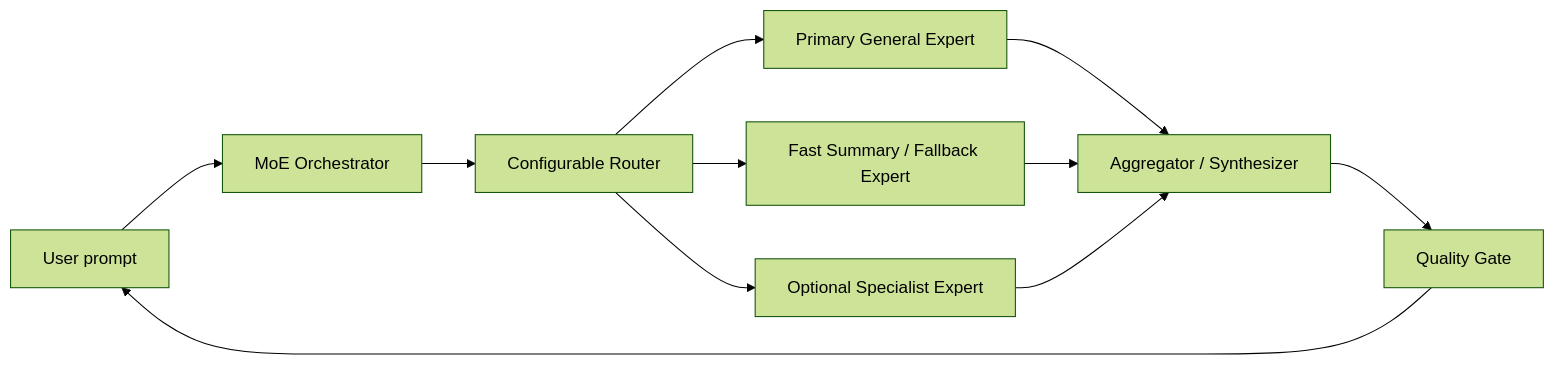
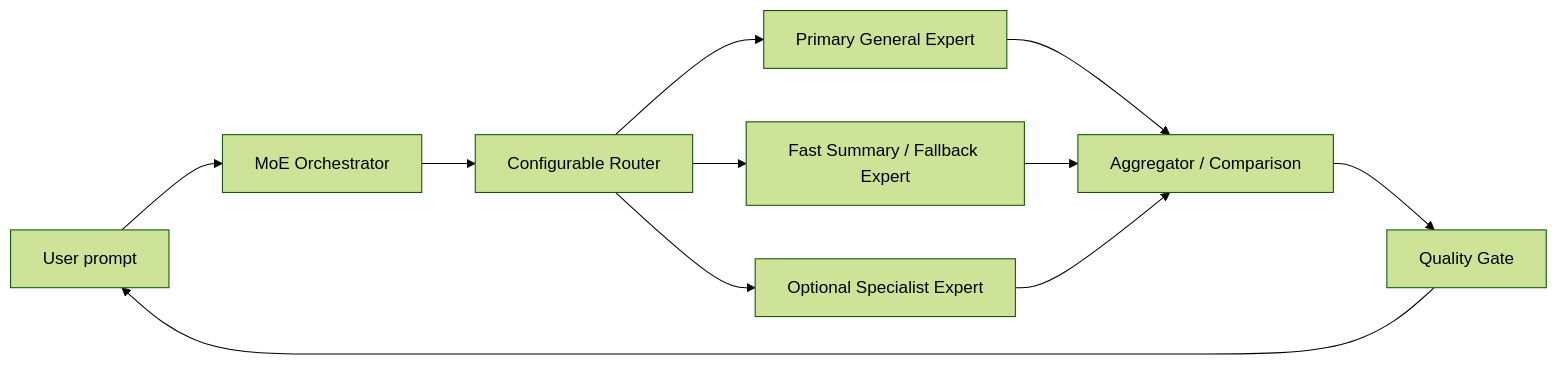
Before and after one commit to aantenore/myMoE: the diagram in docs/architecture.md, drawn with Mermaid (forest theme). The commit also changed other lines of this file and 33 other files, not shown here.

````diff
--- a/docs/architecture.md
+++ b/docs/architecture.md
@@ -13,13 +13,13 @@
 ```mermaid
 flowchart LR
   U["User prompt"] --> O["MoE Orchestrator"]
   O --> R["Configurable Router"]
   R --> E1["Primary General Expert"]
   R --> E2["Fast Summary / Fallback Expert"]
   R --> E3["Optional Specialist Expert"]
-  E1 --> A["Aggregator / Synthesizer"]
+  E1 --> A["Aggregator / Comparison"]
   E2 --> A
   E3 --> A
   A --> Q["Quality Gate"]
   Q --> U
 ```
````
